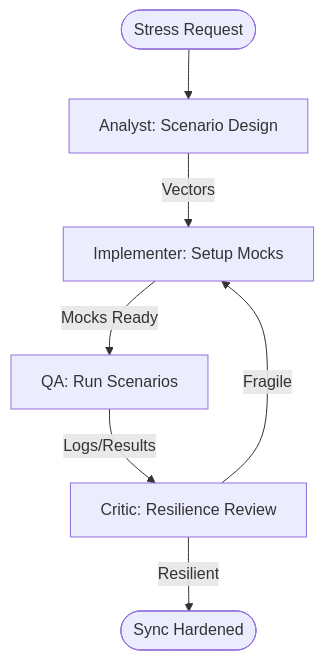
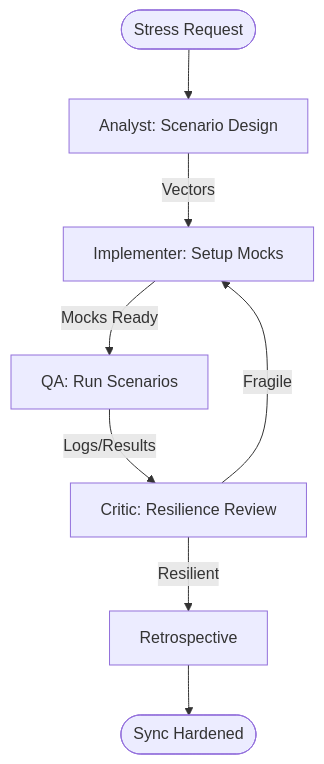
Before and after one commit to seanspiesman/Agents-and-Workflows: the diagram in custom-agents/workflows/arcgis/SyncStressTest.workflow.md, drawn with Mermaid. The commit also changed other lines of this file and 38 other files, not shown here.

````diff
--- a/custom-agents/workflows/arcgis/SyncStressTest.workflow.md
+++ b/custom-agents/workflows/arcgis/SyncStressTest.workflow.md
@@ -58,9 +66,10 @@
 ```mermaid
 flowchart TD
     Start([Stress Request]) --> P1[Analyst: Scenario Design]
     P1 -->|Vectors| P2[Implementer: Setup Mocks]
     P2 -->|Mocks Ready| P3[QA: Run Scenarios]
     P3 -->|Logs/Results| P4[Critic: Resilience Review]
     P4 -->|Fragile| P2
-    P4 -->|Resilient| End([Sync Hardened])
+    P4 -->|Resilient| P5[Retrospective]
+    P5 --> End([Sync Hardened])
 ```
````
